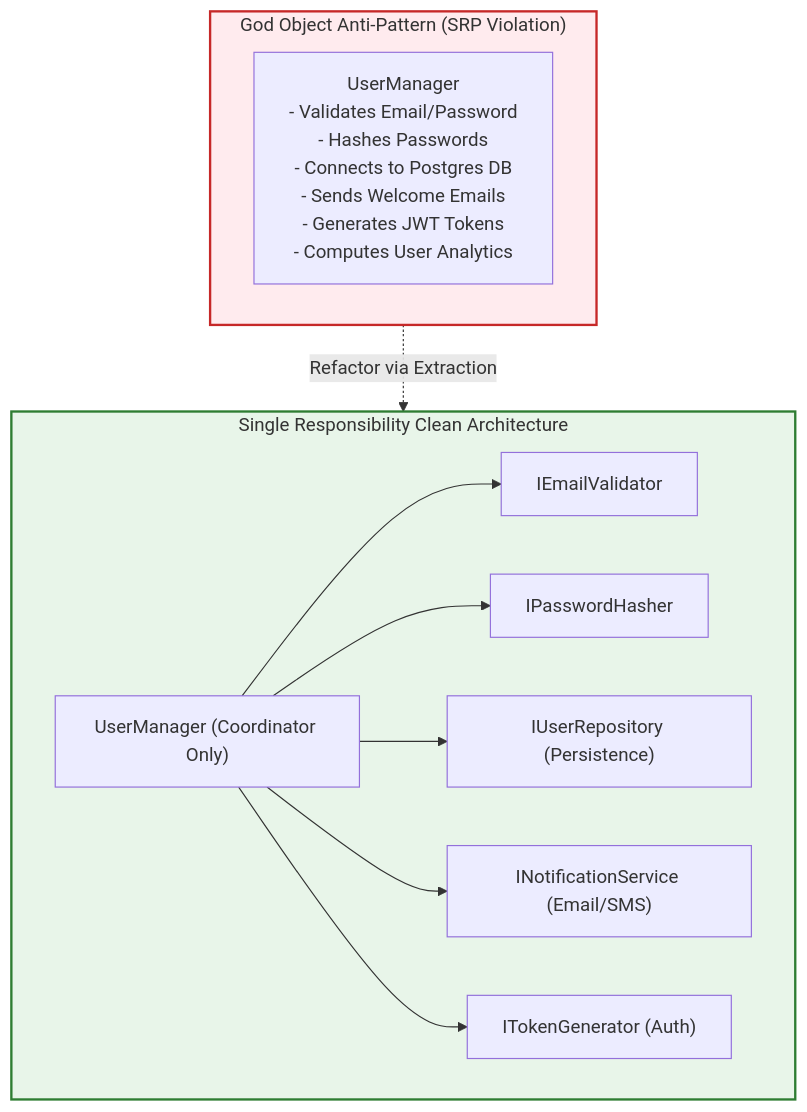
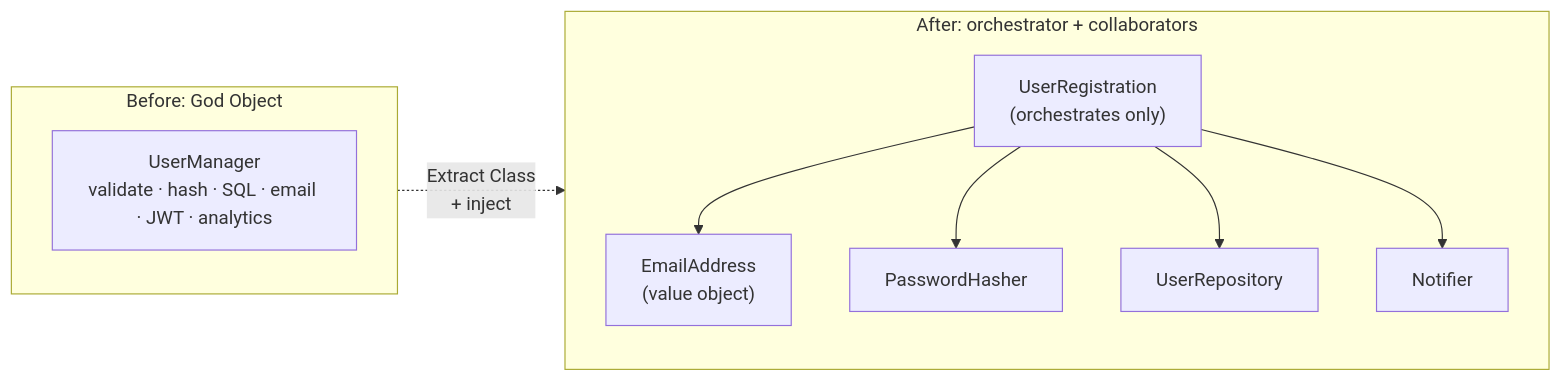
One commit to TapanKumarBarik/Backend-roadmap changed the diagram in content/lld/20-anti-patterns-and-code-smells/README.md. Above: the diagram before and after it, drawn with Mermaid. The commit also changed other lines of this file and 68 other files, not shown here.

````diff
--- a/content/lld/20-anti-patterns-and-code-smells/README.md
+++ b/content/lld/20-anti-patterns-and-code-smells/README.md
@@ -20,26 +26,14 @@
 ```mermaid
-flowchart TD
-    subgraph Anti["God Object Anti-Pattern (SRP Violation)"]
-        God["UserManager<br/>- Validates Email/Password<br/>- Hashes Passwords<br/>- Connects to Postgres DB<br/>- Sends Welcome Emails<br/>- Generates JWT Tokens<br/>- Computes User Analytics"]
-    end
-
-    subgraph Refactored["Single Responsibility Clean Architecture"]
-        Orch["UserManager (Coordinator Only)"]
-        Val["IEmailValidator"]
-        Hash["IPasswordHasher"]
-        Repo["IUserRepository (Persistence)"]
-        Email["INotificationService (Email/SMS)"]
-        Token["ITokenGenerator (Auth)"]
-
-        Orch --> Val
-        Orch --> Hash
-        Orch --> Repo
-        Orch --> Email
-        Orch --> Token
-    end
-
-    Anti -.->|Refactor via Extraction| Refactored
-
-    style Anti fill:#ffebee,stroke:#c62828,stroke-width:2px
-    style Refactored fill:#e8f5e9,stroke:#2e7d32,stroke-width:2px
+flowchart LR
+  subgraph Before["Before: God Object"]
+    God["UserManager\nvalidate · hash · SQL · email · JWT · analytics"]
+  end
+  subgraph After["After: orchestrator + collaborators"]
+    Orch["UserRegistration\n(orchestrates only)"]
+    Orch --> V["EmailAddress\n(value object)"]
+    Orch --> H["PasswordHasher"]
+    Orch --> R["UserRepository"]
+    Orch --> N["Notifier"]
+  end
+  Before -. "Extract Class\n+ inject" .-> After
 ```
````
